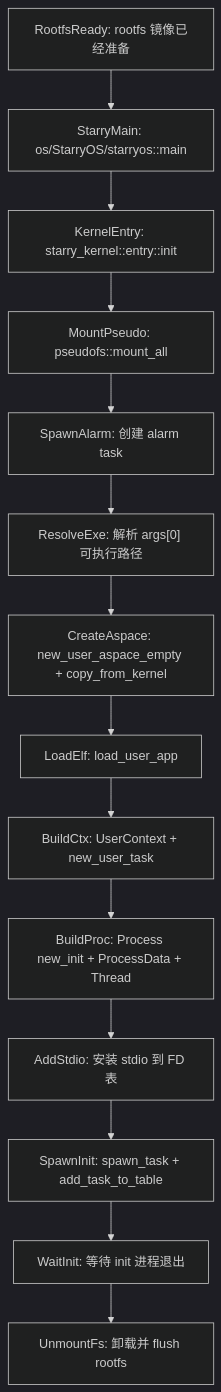
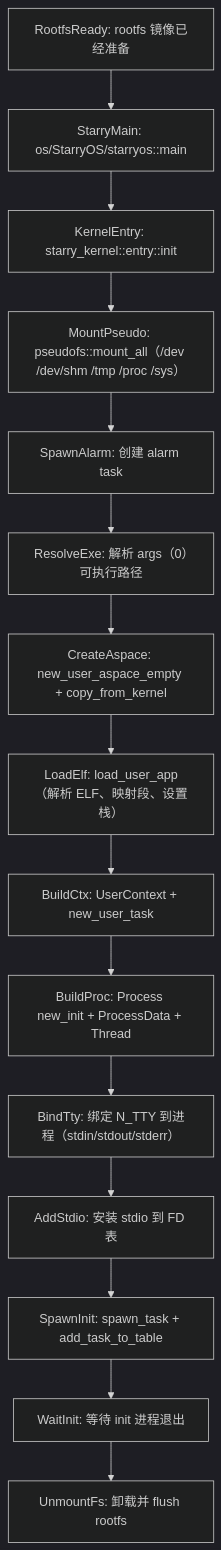
Before and after one commit to rcore-os/tgoskits: the second of 5 diagrams in docs/starryos-internals.md, drawn with Mermaid (dark theme). The commit also changed other lines of this file and 2 other files, not shown here.

````diff
--- a/docs/starryos-internals.md
+++ b/docs/starryos-internals.md
@@ -176,31 +196,33 @@
 ```mermaid
 flowchart TD
     rootfsReady["RootfsReady: rootfs 镜像已经准备"]
     starryMain["StarryMain: os/StarryOS/starryos::main"]
     kernelEntry["KernelEntry: starry_kernel::entry::init"]
-    mountPseudo["MountPseudo: pseudofs::mount_all"]
+    mountPseudo["MountPseudo: pseudofs::mount_all（/dev /dev/shm /tmp /proc /sys）"]
     spawnAlarm["SpawnAlarm: 创建 alarm task"]
-    resolveExe["ResolveExe: 解析 args[0] 可执行路径"]
+    resolveExe["ResolveExe: 解析 args（0）可执行路径"]
     createAspace["CreateAspace: new_user_aspace_empty + copy_from_kernel"]
-    loadElf["LoadElf: load_user_app"]
+    loadElf["LoadElf: load_user_app（解析 ELF、映射段、设置栈）"]
     buildCtx["BuildCtx: UserContext + new_user_task"]
     buildProc["BuildProc: Process new_init + ProcessData + Thread"]
+    bindTty["BindTty: 绑定 N_TTY 到进程（stdin/stdout/stderr）"]
     addStdio["AddStdio: 安装 stdio 到 FD 表"]
     spawnInit["SpawnInit: spawn_task + add_task_to_table"]
     waitInit["WaitInit: 等待 init 进程退出"]
     unmountFs["UnmountFs: 卸载并 flush rootfs"]
 
     rootfsReady --> starryMain
     starryMain --> kernelEntry
     kernelEntry --> mountPseudo
     mountPseudo --> spawnAlarm
     spawnAlarm --> resolveExe
     resolveExe --> createAspace
     createAspace --> loadElf
     loadElf --> buildCtx
     buildCtx --> buildProc
-    buildProc --> addStdio
+    buildProc --> bindTty
+    bindTty --> addStdio
     addStdio --> spawnInit
     spawnInit --> waitInit
     waitInit --> unmountFs
 ```
````
